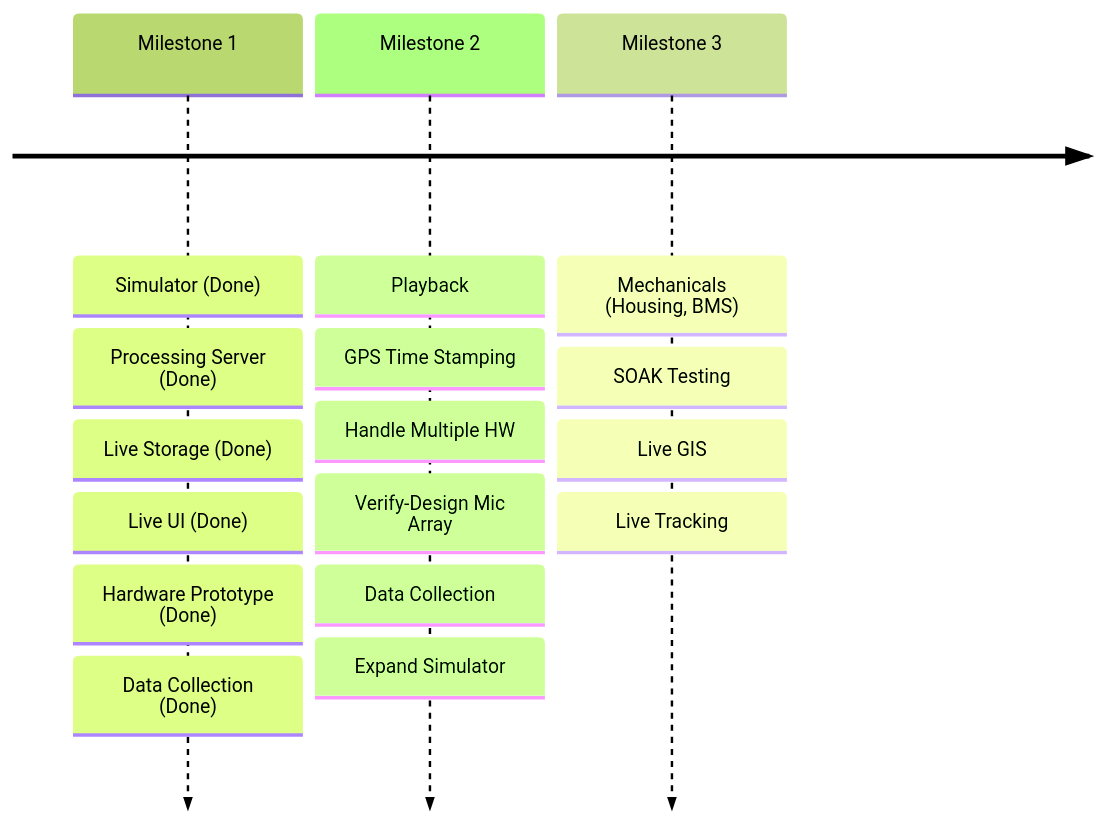
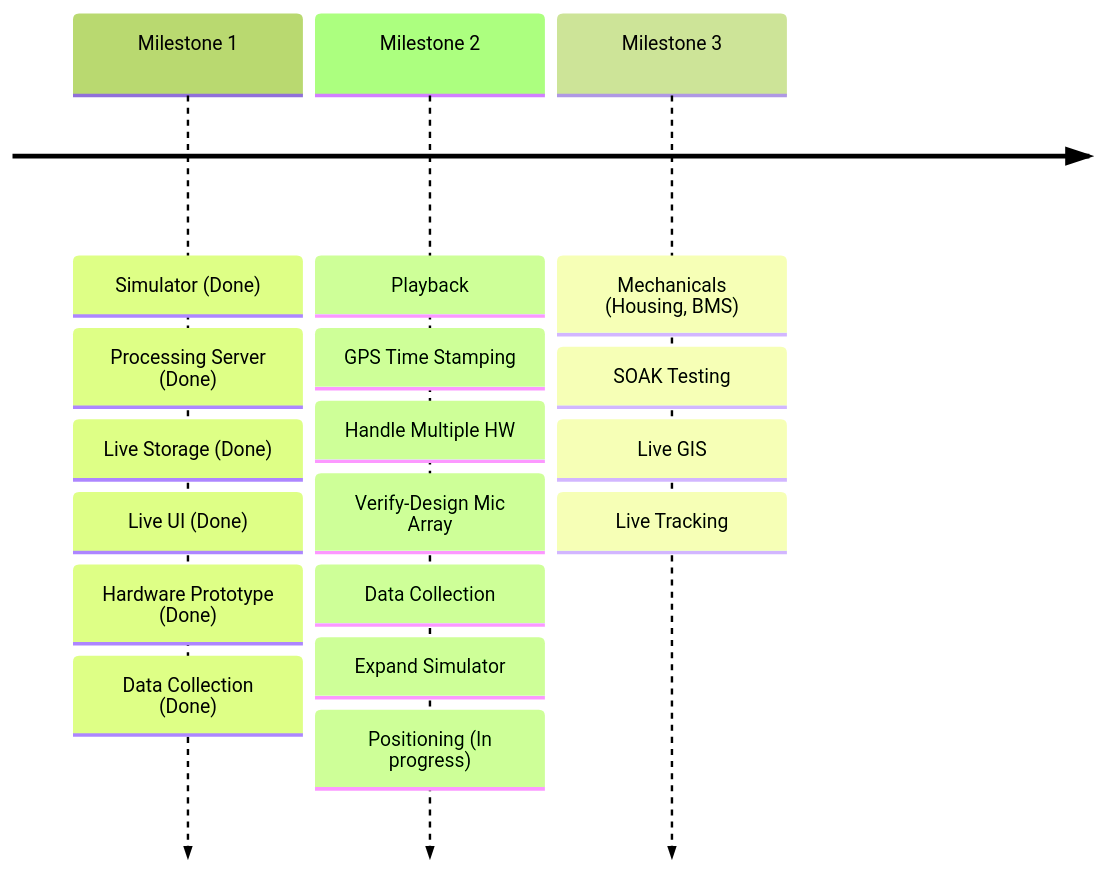
Before and after one commit to Sense-Scape/.github: the second of 2 diagrams in profile/README.md, drawn with Mermaid (forest theme).

````diff
--- a/profile/README.md
+++ b/profile/README.md
@@ -54,8 +54,8 @@
 ``` mermaid
 
 timeline
     Milestone 1 : Simulator (Done) : Processing Server (Done) : Live Storage (Done) : Live UI (Done) : Hardware Prototype (Done) : Data Collection (Done)
-    Milestone 2 : Playback : GPS Time Stamping : Handle Multiple HW : Verify-Design Mic Array : Data Collection : Expand Simulator
+    Milestone 2 : Playback : GPS Time Stamping : Handle Multiple HW : Verify-Design Mic Array : Data Collection : Expand Simulator : Positioning (In progress)
     Milestone 3 : Mechanicals (Housing, BMS) : SOAK Testing : Live GIS : Live Tracking
 
 ```
````
